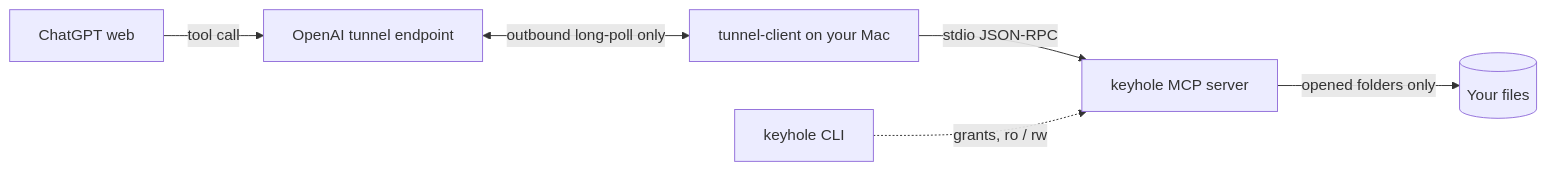
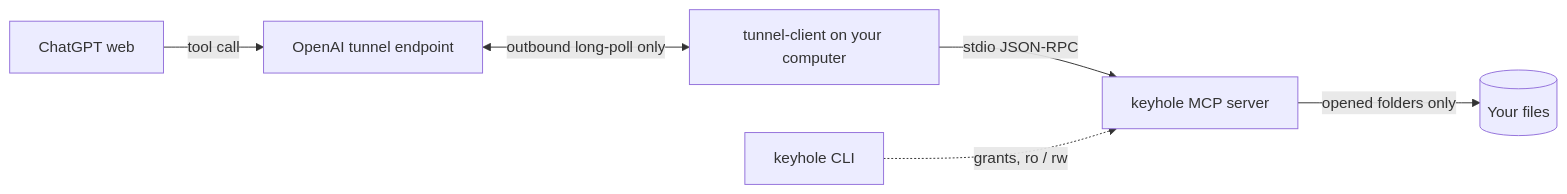
Before and after one commit to L-Jovi/keyhole: the diagram in README.md, drawn with Mermaid. The commit also changed other lines of this file and 8 other files, not shown here.

````diff
--- a/README.md
+++ b/README.md
@@ -75,8 +75,8 @@
 ```mermaid
 flowchart LR
     C[ChatGPT web] -->|tool call| T[OpenAI tunnel endpoint]
-    T <-->|outbound long-poll only| TC[tunnel-client on your Mac]
+    T <-->|outbound long-poll only| TC[tunnel-client on your computer]
     TC -->|stdio JSON-RPC| K[keyhole MCP server]
     K -->|opened folders only| F[(Your files)]
     CLI[keyhole CLI] -.->|grants, ro / rw| K
 ```
````
